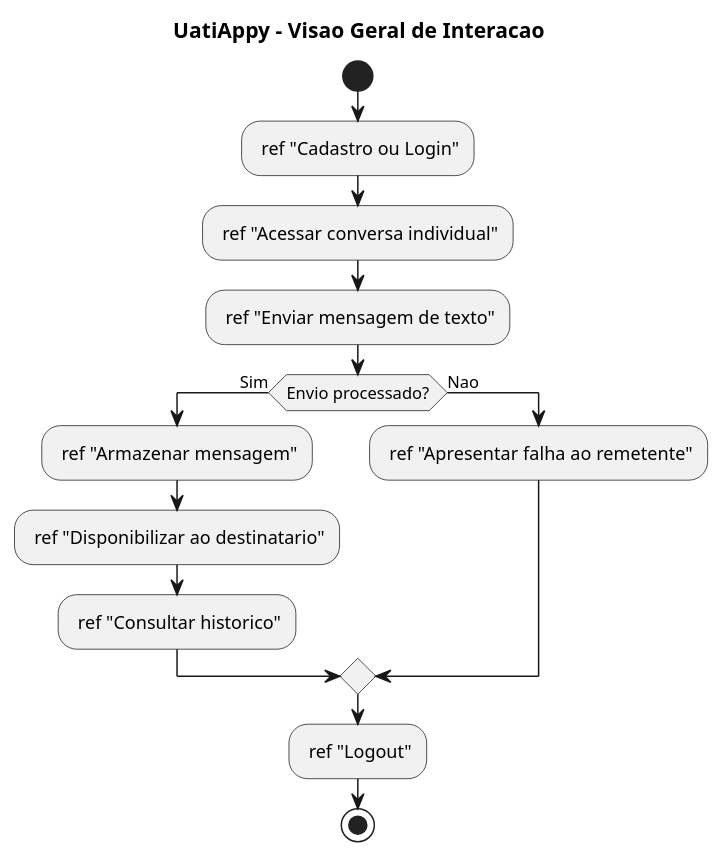
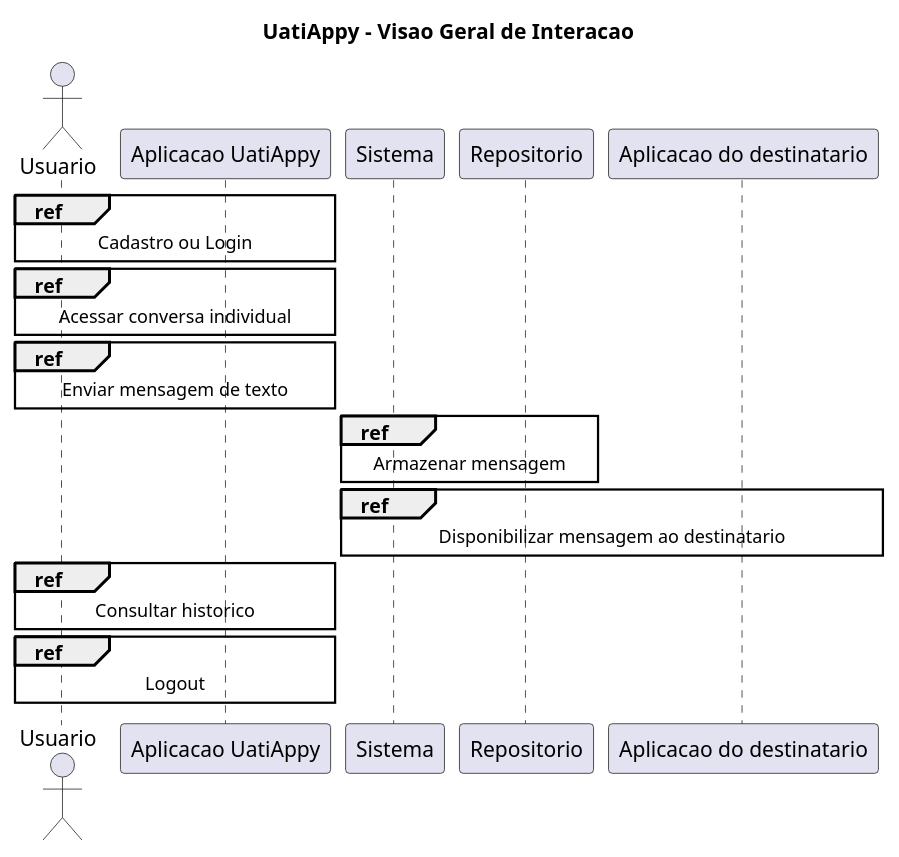
One commit to daviwanziler/uatiappy-vdois changed the tenth of 10 diagrams in Docs/requisitos/escopo-mvp.md. Above: the diagram before and after it, drawn with PlantUML. The commit also changed other lines of this file, not shown here.

Commit message:
docs: corrigir notacao e modelagem dos diagramas UML

````diff
--- a/Docs/requisitos/escopo-mvp.md
+++ b/Docs/requisitos/escopo-mvp.md
@@ -492,19 +511,19 @@
 ```plantuml
 @startuml
 title UatiAppy - Visao Geral de Interacao
 
-start
-: ref "Cadastro ou Login";
-: ref "Acessar conversa individual";
-: ref "Enviar mensagem de texto";
-if (Envio processado?) then (Sim)
-  : ref "Armazenar mensagem";
-  : ref "Disponibilizar ao destinatario";
-  : ref "Consultar historico";
-else (Nao)
-  : ref "Apresentar falha ao remetente";
-endif
-: ref "Logout";
-stop
+actor Usuario
+participant "Aplicacao UatiAppy" as App
+participant "Sistema" as Sistema
+participant "Repositorio" as Repo
+participant "Aplicacao do destinatario" as Dest
+
+ref over Usuario, App : Cadastro ou Login
+ref over Usuario, App : Acessar conversa individual
+ref over Usuario, App : Enviar mensagem de texto
+ref over Sistema, Repo : Armazenar mensagem
+ref over Sistema, Dest : Disponibilizar mensagem ao destinatario
+ref over Usuario, App : Consultar historico
+ref over Usuario, App : Logout
 @enduml
 ```
````
